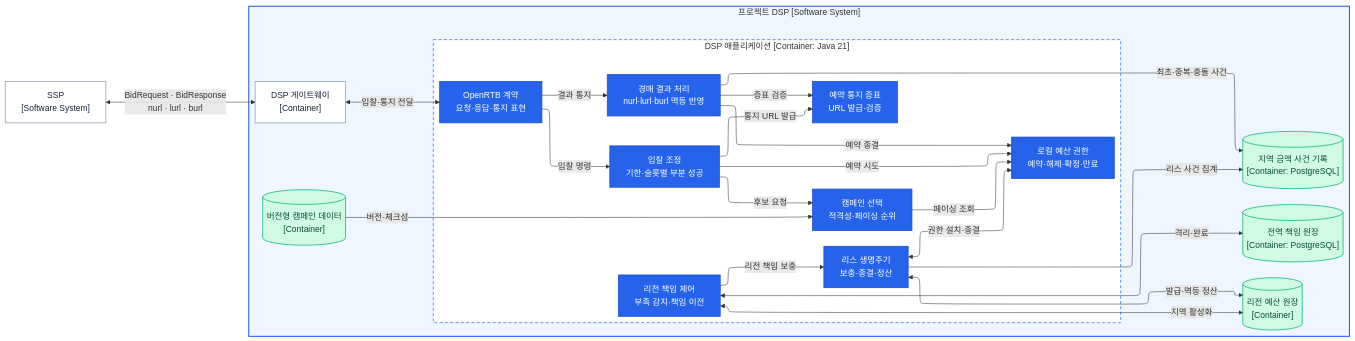
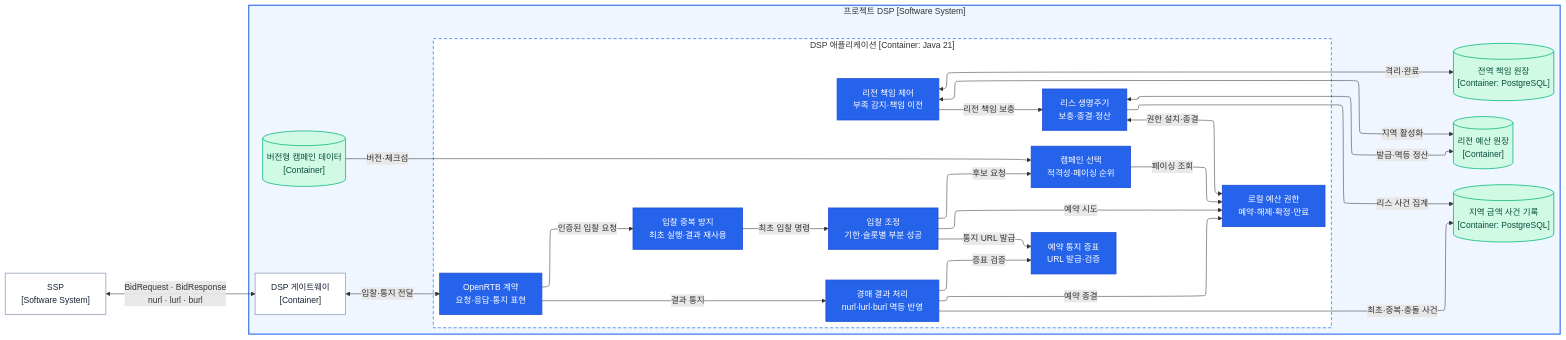
The diagram in docs/architecture/views/dsp-components.md (bbororo5/OpenRTB-Ads-auction), drawn with Mermaid before and after one commit. The commit also changed other lines of this file and 2 other files, not shown here.

````diff
--- a/docs/architecture/views/dsp-components.md
+++ b/docs/architecture/views/dsp-components.md
@@ -9,56 +9,58 @@
 ```mermaid
 %%{init: {"flowchart": {"defaultRenderer": "elk"}}}%%
 flowchart LR
     SSP["SSP<br/>[Software System]"]
 
     subgraph DSP["프로젝트 DSP [Software System]"]
         direction TB
         GATEWAY["DSP 게이트웨이<br/>[Container]"]
 
         subgraph APP["DSP 애플리케이션 [Container: Java 21]"]
             direction TB
             API["OpenRTB 계약<br/>요청·응답·통지 표현"]
+            DEDUPE["입찰 중복 방지<br/>최초 실행·결과 재사용"]
             AUCTION["입찰 조정<br/>기한·슬롯별 부분 성공"]
             CAMPAIGN["캠페인 선택<br/>적격성·페이싱 순위"]
             BUDGET["로컬 예산 권한<br/>예약·해제·확정·만료"]
             TOKEN["예약 통지 증표<br/>URL 발급·검증"]
             NOTICE["경매 결과 처리<br/>nurl·lurl·burl 멱등 반영"]
             LEASE["리스 생명주기<br/>보충·종결·정산"]
             TRANSFER["리전 책임 제어<br/>부족 감지·책임 이전"]
 
-            API -->|"입찰 명령"| AUCTION
+            API -->|"인증된 입찰 요청"| DEDUPE
+            DEDUPE -->|"최초 입찰 명령"| AUCTION
             AUCTION -->|"후보 요청"| CAMPAIGN
             CAMPAIGN -->|"페이싱 조회"| BUDGET
             AUCTION -->|"예약 시도"| BUDGET
             AUCTION -->|"통지 URL 발급"| TOKEN
             API -->|"결과 통지"| NOTICE
             NOTICE -->|"증표 검증"| TOKEN
             NOTICE -->|"예약 종결"| BUDGET
             LEASE <-->|"권한 설치·종결"| BUDGET
             TRANSFER -->|"리전 책임 보충"| LEASE
         end
 
         CAMPAIGN_STORE[("버전형 캠페인 데이터<br/>[Container]")]
         REGIONAL[("리전 예산 원장<br/>[Container]")]
         MONEY[("지역 금액 사건 기록<br/>[Container: PostgreSQL]")]
         GLOBAL[("전역 책임 원장<br/>[Container: PostgreSQL]")]
     end
 
     SSP <-->|"BidRequest · BidResponse<br/>nurl · lurl · burl"| GATEWAY
     GATEWAY <-->|"입찰·통지 전달"| API
     CAMPAIGN_STORE -->|"버전·체크섬"| CAMPAIGN
     NOTICE -->|"최초·중복·충돌 사건"| MONEY
     LEASE -->|"리스 사건 집계"| MONEY
     LEASE <-->|"발급·멱등 정산"| REGIONAL
     TRANSFER <-->|"지역 활성화"| REGIONAL
     TRANSFER <-->|"격리·완료"| GLOBAL
 
     classDef component fill:#2563eb,color:#fff,stroke:#1d4ed8,stroke-width:1.5px;
     classDef external fill:#fff,color:#172033,stroke:#94a3b8,stroke-width:1.5px;
     classDef store fill:#d1fae5,color:#064e3b,stroke:#10b981,stroke-width:1.5px;
-    class API,AUCTION,CAMPAIGN,BUDGET,TOKEN,NOTICE,LEASE,TRANSFER component;
+    class API,DEDUPE,AUCTION,CAMPAIGN,BUDGET,TOKEN,NOTICE,LEASE,TRANSFER component;
     class SSP,GATEWAY external;
     class CAMPAIGN_STORE,REGIONAL,MONEY,GLOBAL store;
     style DSP fill:#eff6ff,stroke:#2563eb,stroke-width:2px
     style APP fill:#ffffff,stroke:#3b82f6,stroke-width:1.5px,stroke-dasharray:6 4
 ```
````
